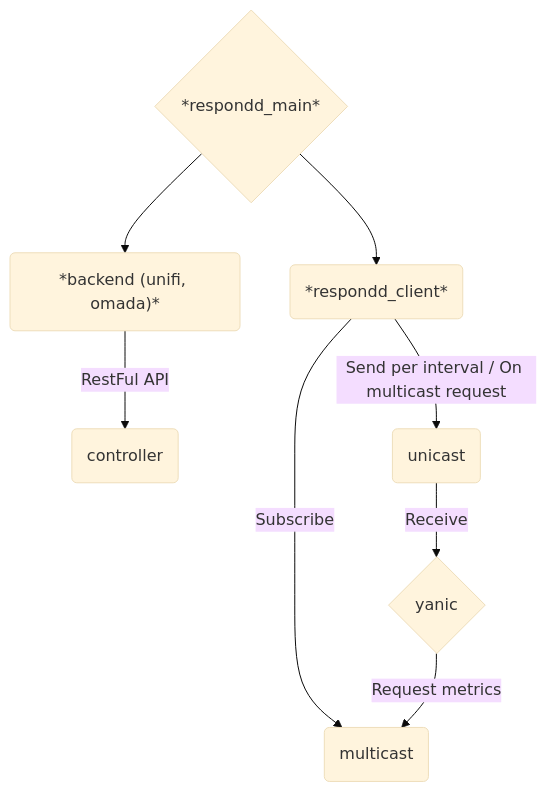
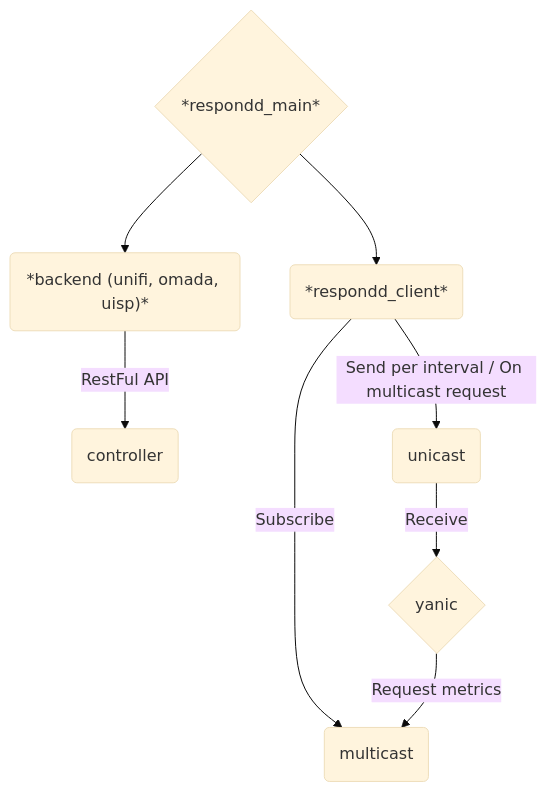
The diagram in README.md (freifunkMUC/unifi_respondd), drawn with Mermaid (base theme) before and after one commit. The commit also changed other lines of this file and 1 other file, not shown here.

Commit message:
Document the uisp backend and the migration from uisp_respondd

````diff
--- a/README.md
+++ b/README.md
@@ -57,10 +73,10 @@
 ```mermaid
 graph TD;
-	A{"*respondd_main*"} -->| | B("*backend (unifi, omada)*")
+	A{"*respondd_main*"} -->| | B("*backend (unifi, omada, uisp)*")
     A -->| | C("*respondd_client*")
 	B -->|"RestFul API"| D("controller")
     C -->|"Subscribe"| E("multicast")
     C -->|"Send per interval / On multicast request"| F("unicast")
     G{"yanic"} -->|"Request metrics"| E
     F -->|"Receive"| G
 ```
````
